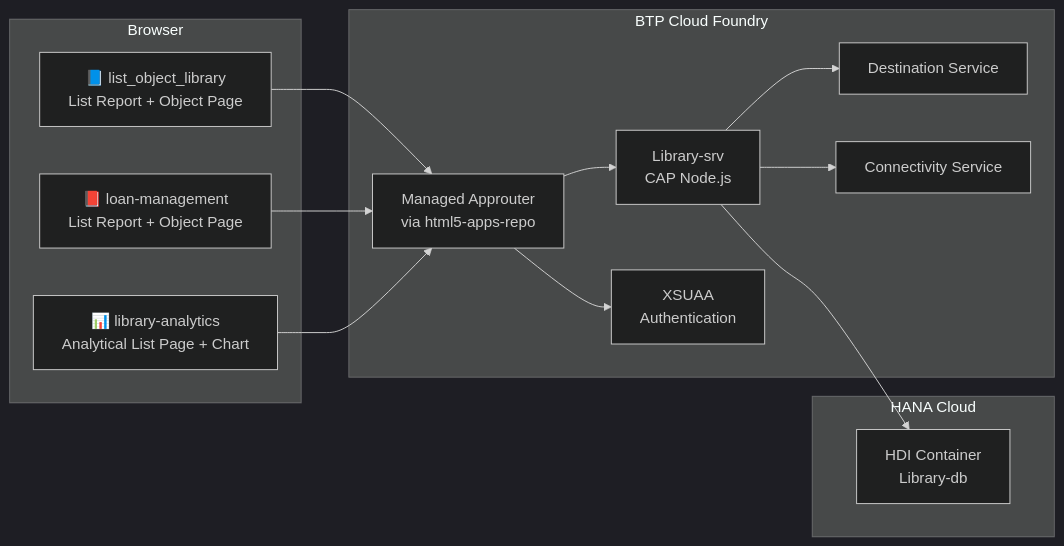
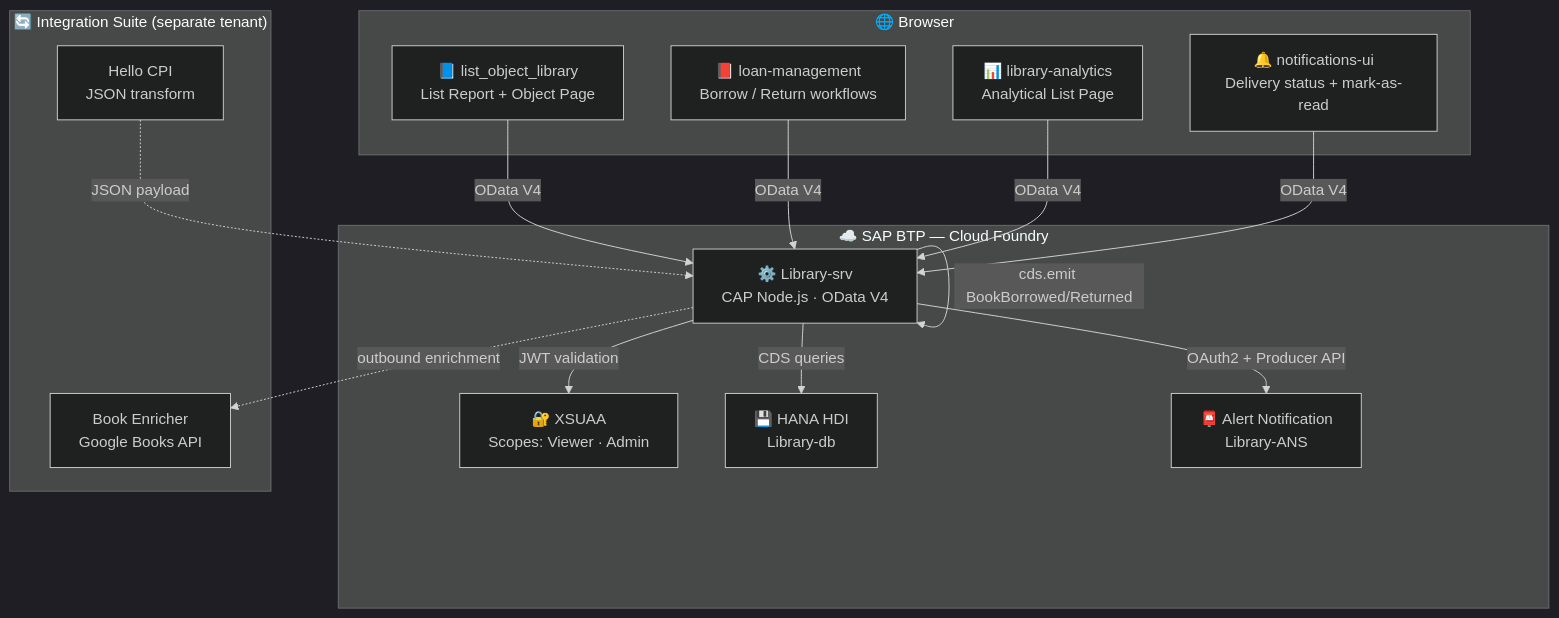
Before and after one commit to dhruv37502005/Library: the diagram in README.md, drawn with Mermaid (dark theme). The commit also changed other lines of this file and 9 other files, not shown here.

Commit message:
P1: cover images, notifications flatten, ANS mta binding

````diff
--- a/README.md
+++ b/README.md
@@ -47,29 +47,33 @@
 ```mermaid
-flowchart LR
-    subgraph Browser
-        UI1[📘 list_object_library<br/>List Report + Object Page]
-        UI2[📕 loan-management<br/>List Report + Object Page]
-        UI3[📊 library-analytics<br/>Analytical List Page + Chart]
+flowchart TB
+    subgraph Browser["🌐 Browser"]
+        FE1["📘 list_object_library<br/>List Report + Object Page"]
+        FE2["📕 loan-management<br/>Borrow / Return workflows"]
+        FE3["📊 library-analytics<br/>Analytical List Page"]
+        FE4["🔔 notifications-ui<br/>Delivery status + mark-as-read"]
     end
 
-    subgraph BTP_CloudFoundry [BTP Cloud Foundry]
-        APR[Managed Approuter<br/>via html5-apps-repo]
-        SRV[Library-srv<br/>CAP Node.js]
-        XSUAA[XSUAA<br/>Authentication]
-        DEST[Destination Service]
-        CONN[Connectivity Service]
+    subgraph CF["☁️ SAP BTP — Cloud Foundry"]
+        SRV["⚙️ Library-srv<br/>CAP Node.js · OData V4"]
+        XSUAA["🔐 XSUAA<br/>Scopes: Viewer · Admin"]
+        HDI["💾 HANA HDI<br/>Library-db"]
+        ANS["📮 Alert Notification<br/>Library-ANS"]
     end
 
-    subgraph HANA [HANA Cloud]
-        HDI[HDI Container<br/>Library-db]
+    subgraph CPI["🔄 Integration Suite (separate tenant)"]
+        IFLOW1["Hello CPI<br/>JSON transform"]
+        IFLOW2["Book Enricher<br/>Google Books API"]
     end
 
-    UI1 --> APR
-    UI2 --> APR
-    UI3 --> APR
-    APR --> XSUAA
-    APR --> SRV
-    SRV --> HDI
-    SRV --> DEST
-    SRV --> CONN
+    FE1 -->|OData V4| SRV
+    FE2 -->|OData V4| SRV
+    FE3 -->|OData V4| SRV
+    FE4 -->|OData V4| SRV
+
+    SRV -->|JWT validation| XSUAA
+    SRV -->|CDS queries| HDI
+    SRV -->|cds.emit BookBorrowed/Returned| SRV
+    SRV -->|OAuth2 + Producer API| ANS
+    SRV -.->|outbound enrichment| IFLOW2
+    IFLOW1 -.->|JSON payload| SRV
 ```
````
